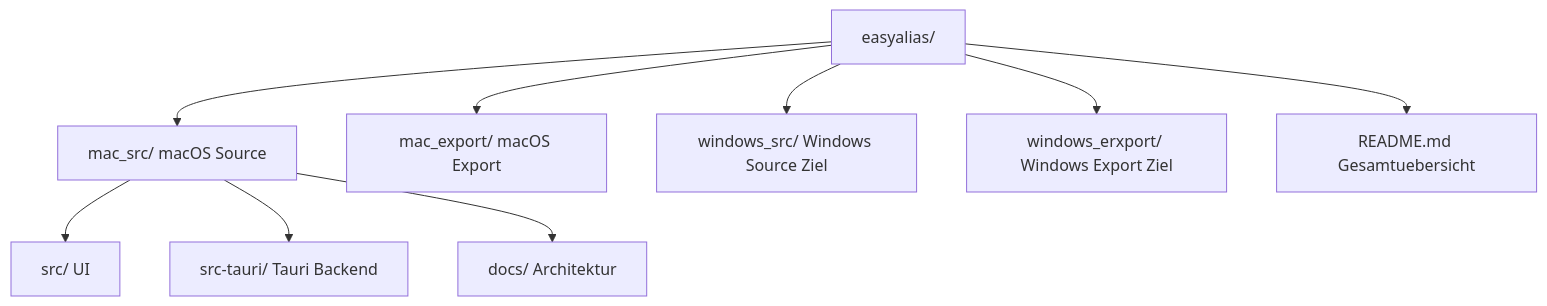
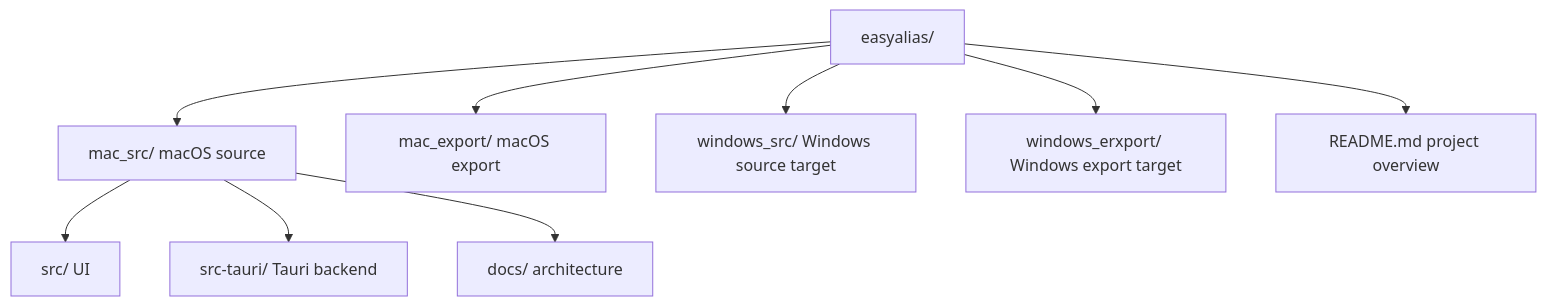
Before and after one commit to hannesgnann-hub/easyalias: the second of 4 diagrams in README.md, drawn with Mermaid. The commit also changed other lines of this file and 2 other files, not shown here.

````diff
--- a/README.md
+++ b/README.md
@@ -61,13 +61,13 @@
 ```mermaid
 flowchart TD
   Root["easyalias/"]
-  Root --> MacSrc["mac_src/ macOS Source"]
-  Root --> MacExport["mac_export/ macOS Export"]
-  Root --> WinSrc["windows_src/ Windows Source Ziel"]
-  Root --> WinExport["windows_erxport/ Windows Export Ziel"]
-  Root --> RootReadme["README.md Gesamtuebersicht"]
+  Root --> MacSrc["mac_src/ macOS source"]
+  Root --> MacExport["mac_export/ macOS export"]
+  Root --> WinSrc["windows_src/ Windows source target"]
+  Root --> WinExport["windows_erxport/ Windows export target"]
+  Root --> RootReadme["README.md project overview"]
 
   MacSrc --> Frontend["src/ UI"]
-  MacSrc --> Backend["src-tauri/ Tauri Backend"]
-  MacSrc --> Docs["docs/ Architektur"]
+  MacSrc --> Backend["src-tauri/ Tauri backend"]
+  MacSrc --> Docs["docs/ architecture"]
 ```
````
